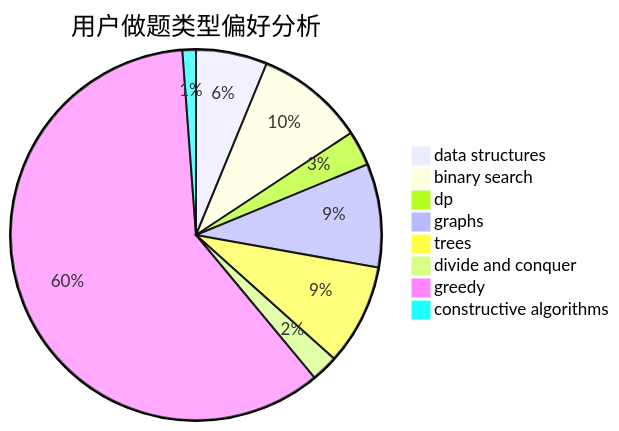
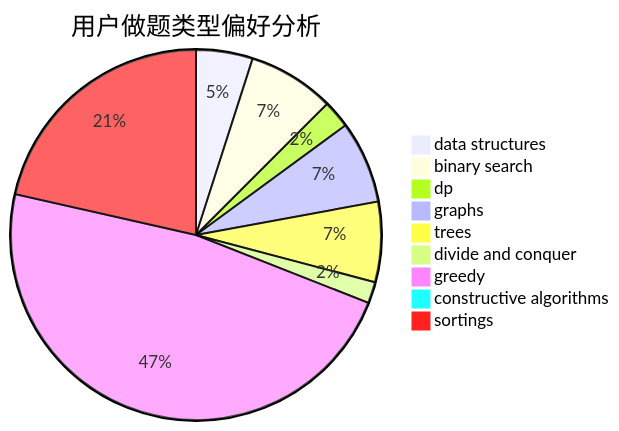
One commit to sherpahu/cfrs.github.io changed the second of 3 diagrams in docs/user/u2546.md. Above: the diagram before and after it, drawn with Mermaid. The commit also changed other lines of this file and 2769 other files, not shown here.

````diff
--- a/docs/user/u2546.md
+++ b/docs/user/u2546.md
@@ -23,11 +18,12 @@
 ```mermaid
 pie title 用户做题类型偏好分析
     "data structures" :  53
     "binary search" :  81
     "dp" :  26
     "graphs" :  77
     "trees" :  75
     "divide and conquer" :  20
     "greedy" :  510
     "constructive algorithms" :  10
+    "sortings" :  230
 ```
````
